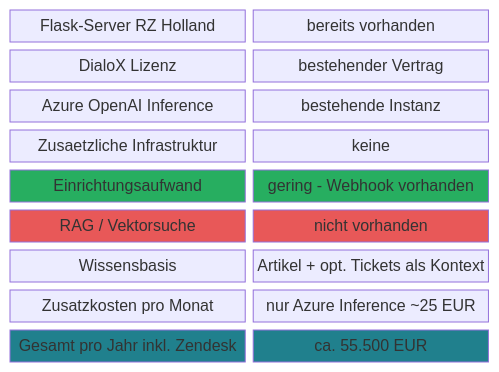
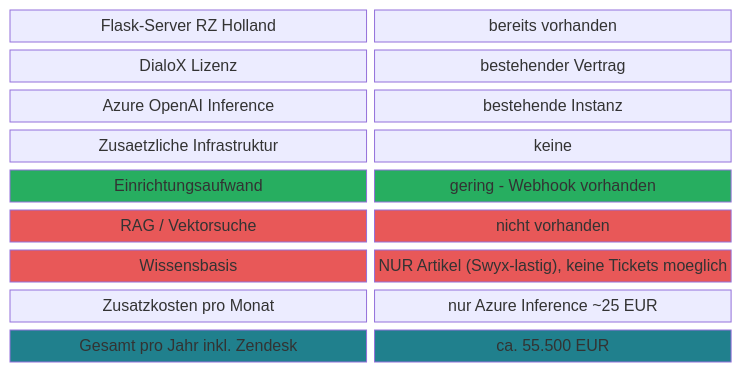
Before and after one commit to tekknix/zendesk-ai: the sixth of 16 diagrams in readme.md, drawn with Mermaid. The commit also changed other lines of this file, not shown here.

````diff
--- a/readme.md
+++ b/readme.md
@@ -161,20 +180,22 @@
 ```mermaid
 block-beta
     columns 2
     A["Flask-Server RZ Holland"]:1 B["bereits vorhanden"]:1
     C["DialoX Lizenz"]:1 D["bestehender Vertrag"]:1
     E["Azure OpenAI Inference"]:1 F["bestehende Instanz"]:1
     G["Zusaetzliche Infrastruktur"]:1 H["keine"]:1
     I["Einrichtungsaufwand"]:1 J["gering - Webhook vorhanden"]:1
     K["RAG / Vektorsuche"]:1 L["nicht vorhanden"]:1
-    M["Wissensbasis"]:1 N["Artikel + opt. Tickets als Kontext"]:1
+    M["Wissensbasis"]:1 N["NUR Artikel (Swyx-lastig), keine Tickets moeglich"]:1
     O["Zusatzkosten pro Monat"]:1 P["nur Azure Inference ~25 EUR"]:1
     Q["Gesamt pro Jahr inkl. Zendesk"]:1 R["ca. 55.500 EUR"]:1
 
     style I fill:#27AE60,color:#fff
     style J fill:#27AE60,color:#fff
     style K fill:#E85858,color:#fff
     style L fill:#E85858,color:#fff
+    style M fill:#E85858,color:#fff
+    style N fill:#E85858,color:#fff
     style Q fill:#20808D,color:#fff
     style R fill:#20808D,color:#fff
 ```
````
